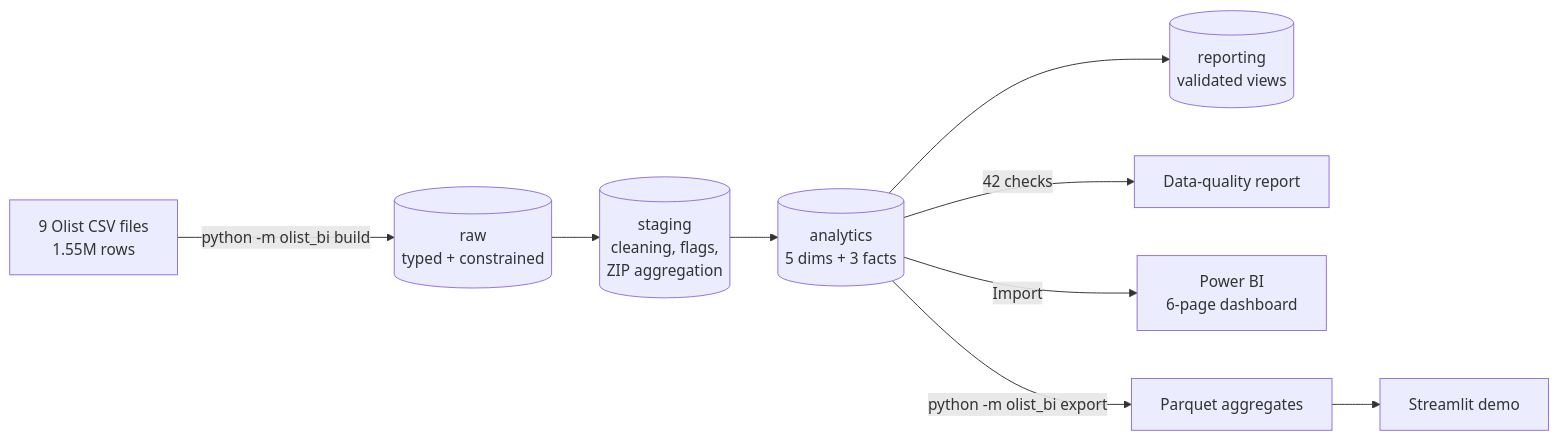
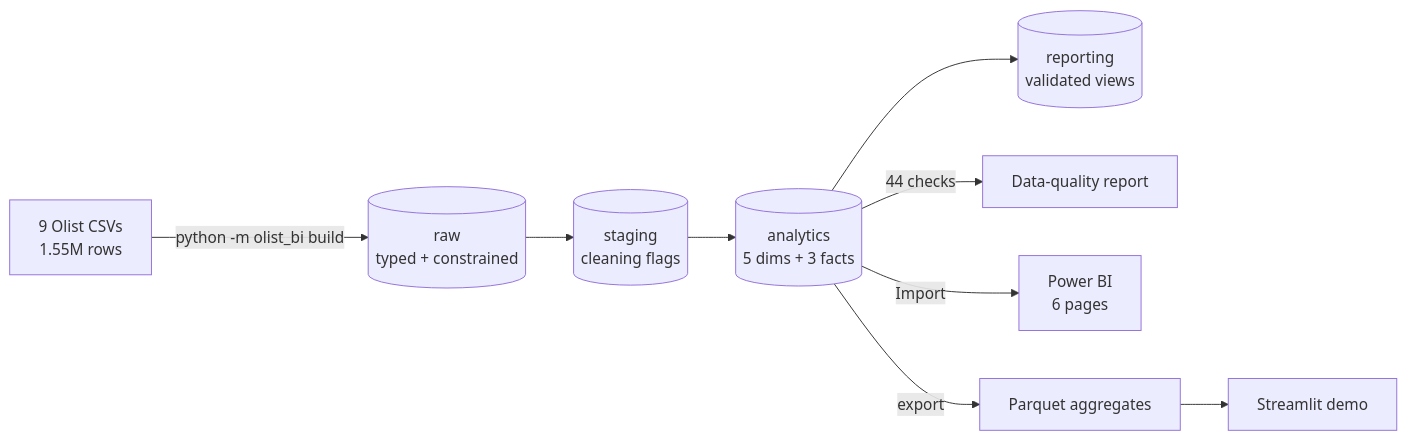
Before and after one commit to AC020907/olist-ecommerce-analytics-bi: the first of 2 diagrams in README.md, drawn with Mermaid. The commit also changed other lines of this file and 7 other files, not shown here.

````diff
--- a/README.md
+++ b/README.md
@@ -42,10 +25,10 @@
 ```mermaid
 flowchart LR
-    A[9 Olist CSV files<br/>1.55M rows] -->|python -m olist_bi build| B[(raw<br/>typed + constrained)]
-    B --> C[(staging<br/>cleaning, flags,<br/>ZIP aggregation)]
+    A[9 Olist CSVs<br/>1.55M rows] -->|python -m olist_bi build| B[(raw<br/>typed + constrained)]
+    B --> C[(staging<br/>cleaning flags)]
     C --> D[(analytics<br/>5 dims + 3 facts)]
     D --> E[(reporting<br/>validated views)]
-    D -->|42 checks| Q[Data-quality report]
-    D -->|Import| P[Power BI<br/>6-page dashboard]
-    D -->|python -m olist_bi export| X[Parquet aggregates] --> S[Streamlit demo]
+    D -->|44 checks| Q[Data-quality report]
+    D -->|Import| P[Power BI<br/>6 pages]
+    D -->|export| X[Parquet aggregates] --> S[Streamlit demo]
 ```
````
